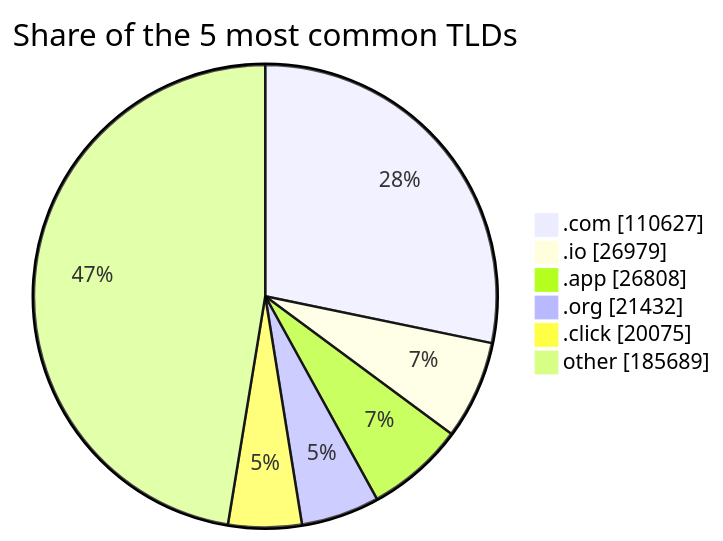
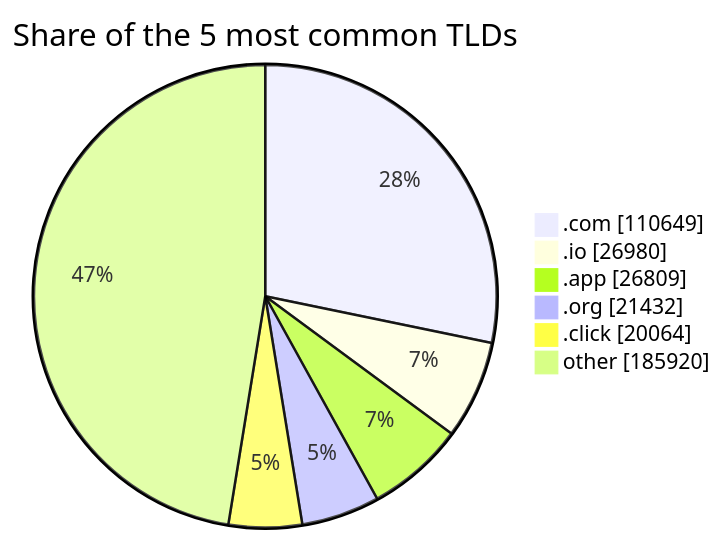
One commit to DNSBunker/CTI changed the third of 3 diagrams in README.md. Above: the diagram before and after it, drawn with Mermaid. The commit also changed other lines of this file and 3 other files, not shown here.

````diff
--- a/README.md
+++ b/README.md
@@ -81,9 +81,9 @@
 ```mermaid
 pie showData title Share of the 5 most common TLDs
-    ".com" : 110627
-    ".io" : 26979
-    ".app" : 26808
+    ".com" : 110649
+    ".io" : 26980
+    ".app" : 26809
     ".org" : 21432
-    ".click" : 20075
-    "other" : 185689
+    ".click" : 20064
+    "other" : 185920
 ```
````
